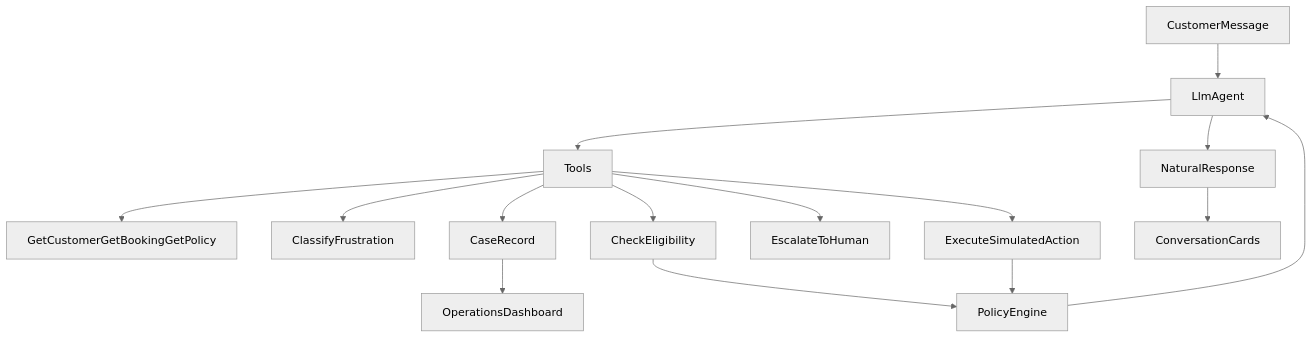
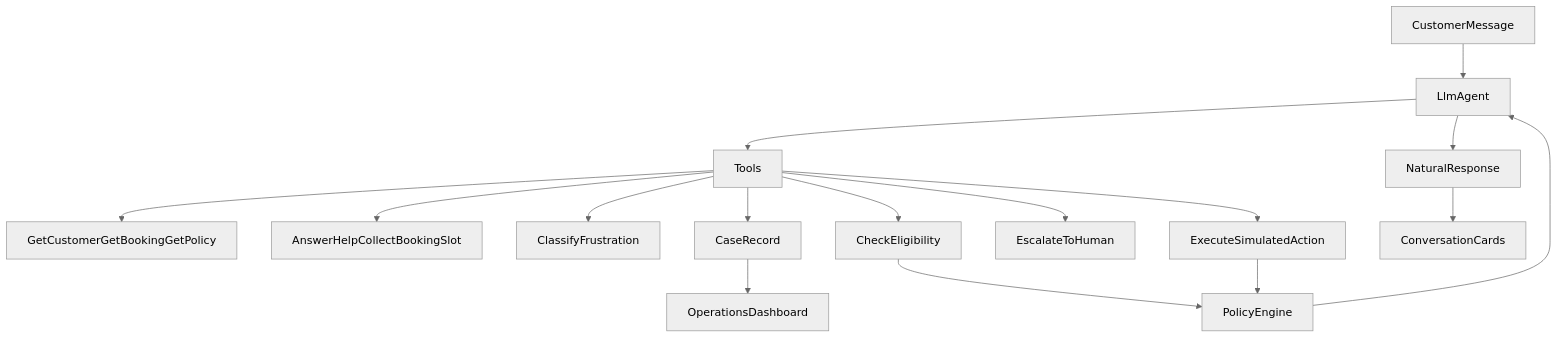
The diagram in docs/architecture.md (manish011003/CustomerFacingAgent), drawn with Mermaid (neutral theme) before and after one commit. The commit also changed other lines of this file and 28 other files, not shown here.

````diff
--- a/docs/architecture.md
+++ b/docs/architecture.md
@@ -7,17 +7,18 @@
 ```mermaid
 flowchart TD
   msg[CustomerMessage] --> llm[LlmAgent]
   llm --> tools[Tools]
   tools --> lookup[GetCustomerGetBookingGetPolicy]
+  tools --> help[AnswerHelpCollectBookingSlot]
   tools --> mood[ClassifyFrustration]
   tools --> gate[CheckEligibility]
   tools --> act[ExecuteSimulatedAction]
   tools --> esc[EscalateToHuman]
   gate --> engine[PolicyEngine]
   act --> engine
   engine --> llm
   llm --> reply[NaturalResponse]
   tools --> case[CaseRecord]
   case --> desk[OperationsDashboard]
   reply --> ui[ConversationCards]
 ```
````
